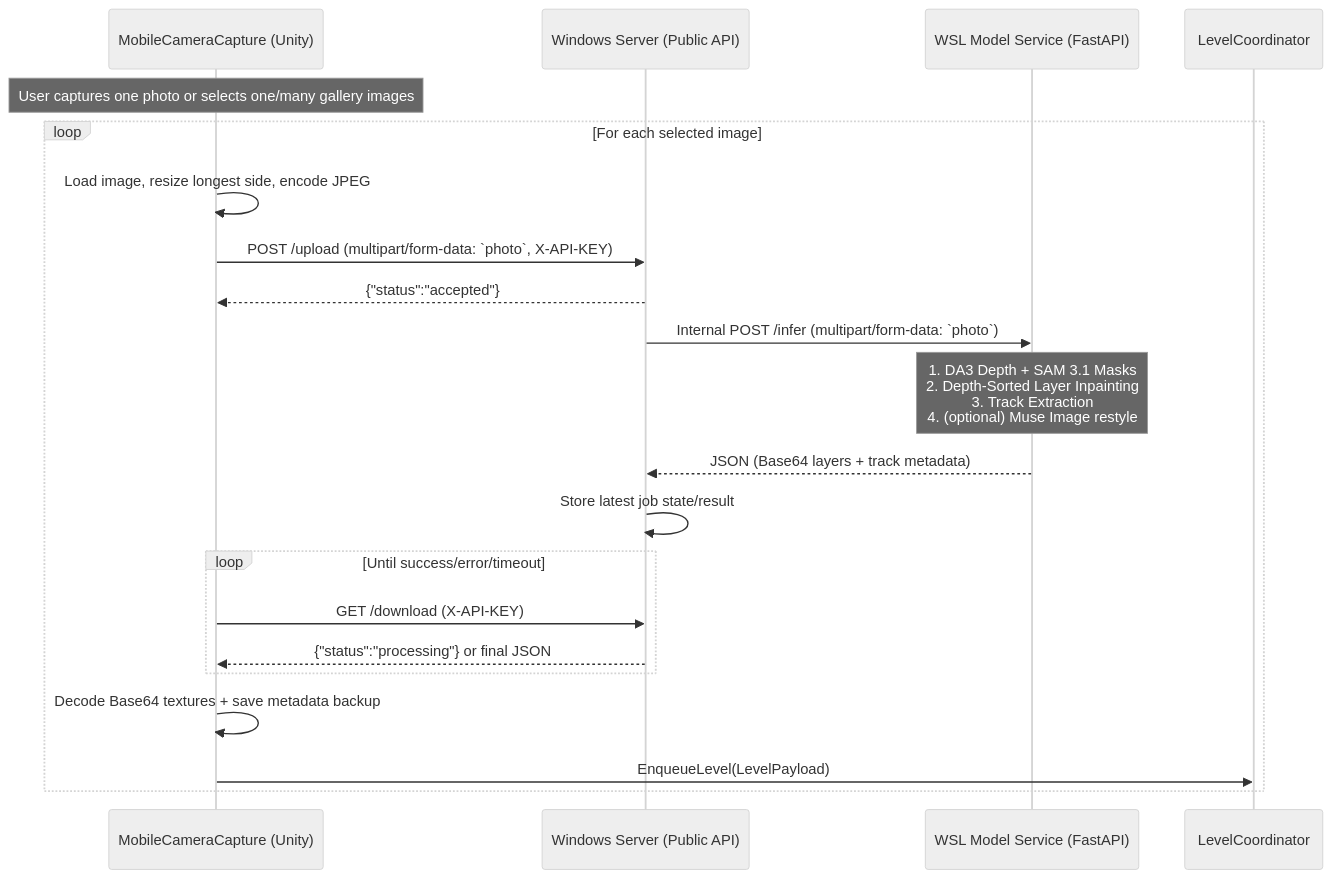
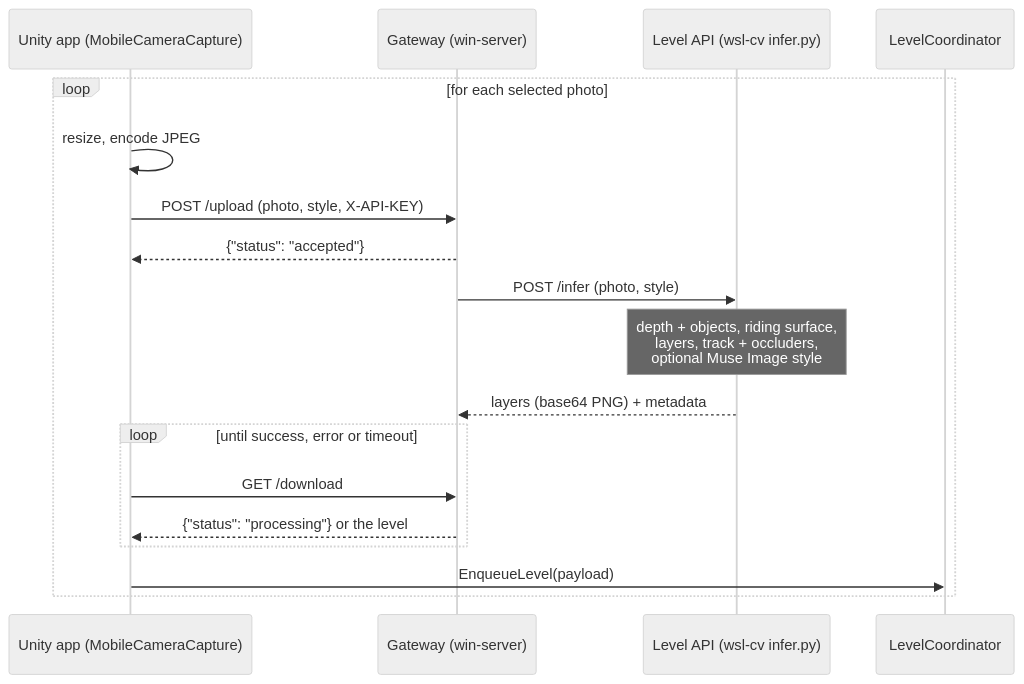
One commit to ryder1018/Diorama changed the diagram in docs/ARCHITECTURE.md. Above: the diagram before and after it, drawn with Mermaid (neutral theme). The commit also changed other lines of this file and 24 other files, not shown here.

First line of the commit message:
Rewrite the backend core and gateway; new hero image

````diff
--- a/docs/ARCHITECTURE.md
+++ b/docs/ARCHITECTURE.md
@@ -45,26 +15,21 @@
 ```mermaid
 sequenceDiagram
-    participant Mobile as MobileCameraCapture (Unity)
-    participant Win as Windows Server (Public API)
-    participant WSL as WSL Model Service (FastAPI)
-    participant Level as LevelCoordinator
+    participant App as Unity app (MobileCameraCapture)
+    participant Gate as Gateway (win-server)
+    participant API as Level API (wsl-cv infer.py)
+    participant Game as LevelCoordinator
 
-    Note over Mobile: User captures one photo or selects one/many gallery images
-    loop For each selected image
-        Mobile->>Mobile: Load image, resize longest side, encode JPEG
-        Mobile->>Win: POST /upload (multipart/form-data: `photo`, X-API-KEY)
-        Win-->>Mobile: {"status":"accepted"}
-        Win->>WSL: Internal POST /infer (multipart/form-data: `photo`)
-
-        Note over WSL: 1. DA3 Depth + SAM 3.1 Masks<br/>2. Depth-Sorted Layer Inpainting<br/>3. Track Extraction<br/>4. (optional) Muse Image restyle
-
-        WSL-->>Win: JSON (Base64 layers + track metadata)
-        Win->>Win: Store latest job state/result
-        loop Until success/error/timeout
-            Mobile->>Win: GET /download (X-API-KEY)
-            Win-->>Mobile: {"status":"processing"} or final JSON
+    loop for each selected photo
+        App->>App: resize, encode JPEG
+        App->>Gate: POST /upload (photo, style, X-API-KEY)
+        Gate-->>App: {"status": "accepted"}
+        Gate->>API: POST /infer (photo, style)
+        Note over API: depth + objects, riding surface,<br/>layers, track + occluders,<br/>optional Muse Image style
+        API-->>Gate: layers (base64 PNG) + metadata
+        loop until success, error or timeout
+            App->>Gate: GET /download
+            Gate-->>App: {"status": "processing"} or the level
         end
-        Mobile->>Mobile: Decode Base64 textures + save metadata backup
-        Mobile->>Level: EnqueueLevel(LevelPayload)
+        App->>Game: EnqueueLevel(payload)
     end
 ```
````
